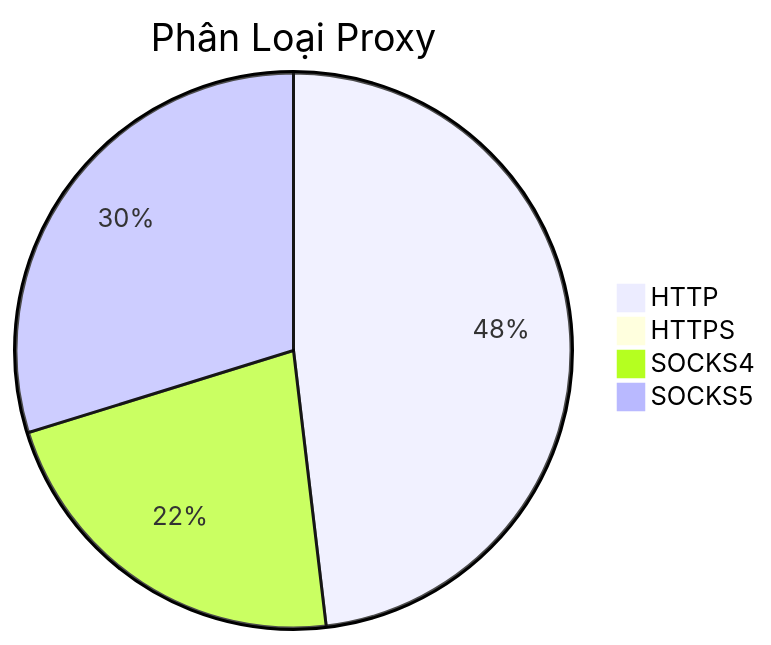
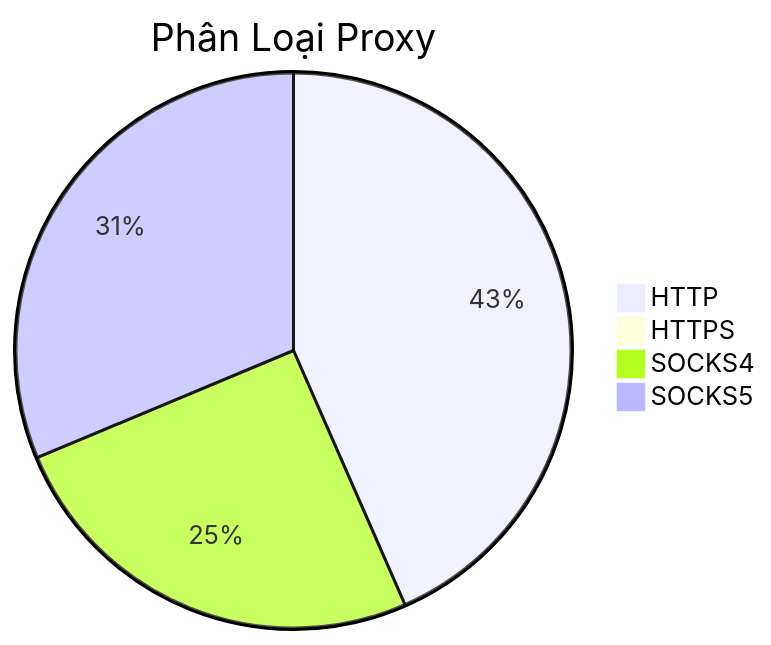
The diagram in README.md (Ciara-12/PROXY-free), drawn with Mermaid before and after one commit. The commit also changed other lines of this file and 4 other files, not shown here.

````diff
--- a/README.md
+++ b/README.md
@@ -26,7 +26,7 @@
 ```mermaid
 pie title Phân Loại Proxy
-    "HTTP" : 627
-    "HTTPS" : 0
-    "SOCKS4" : 288
-    "SOCKS5" : 388
+    "HTTP" : 505
+    "HTTPS" : 2
+    "SOCKS4" : 294
+    "SOCKS5" : 364
 ```
````
